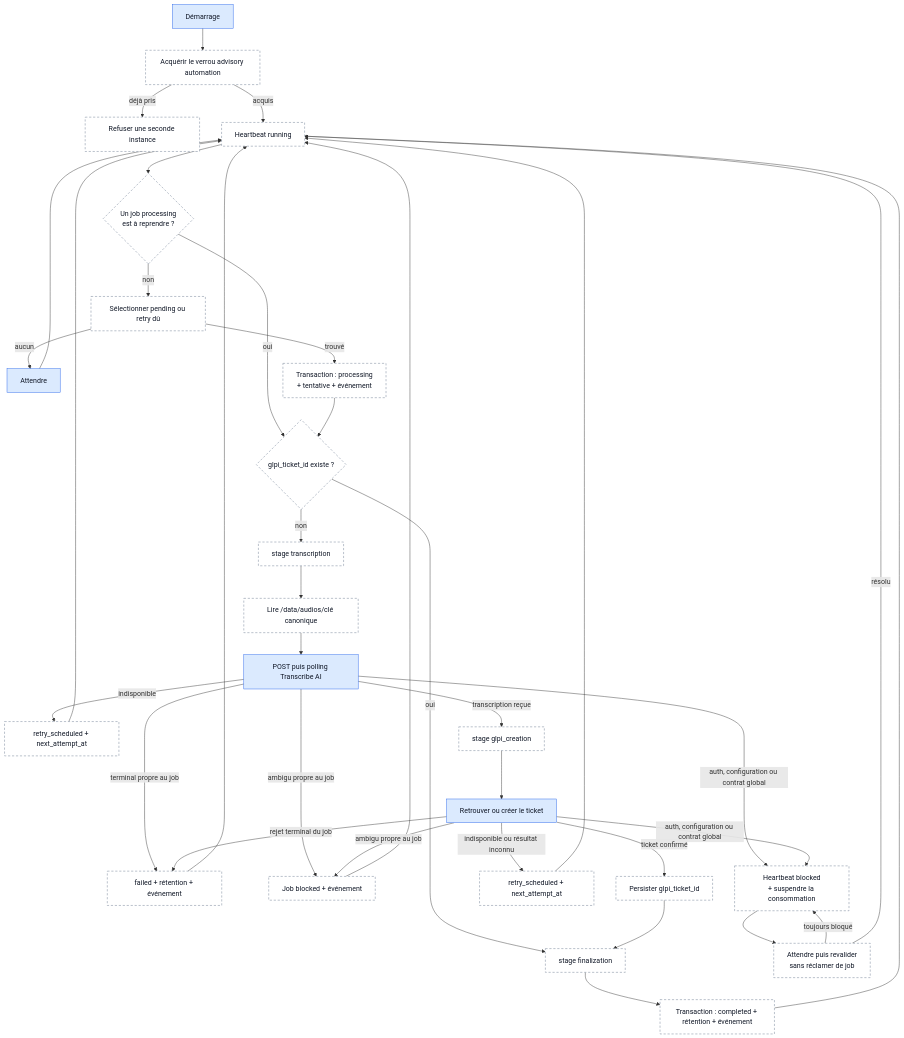
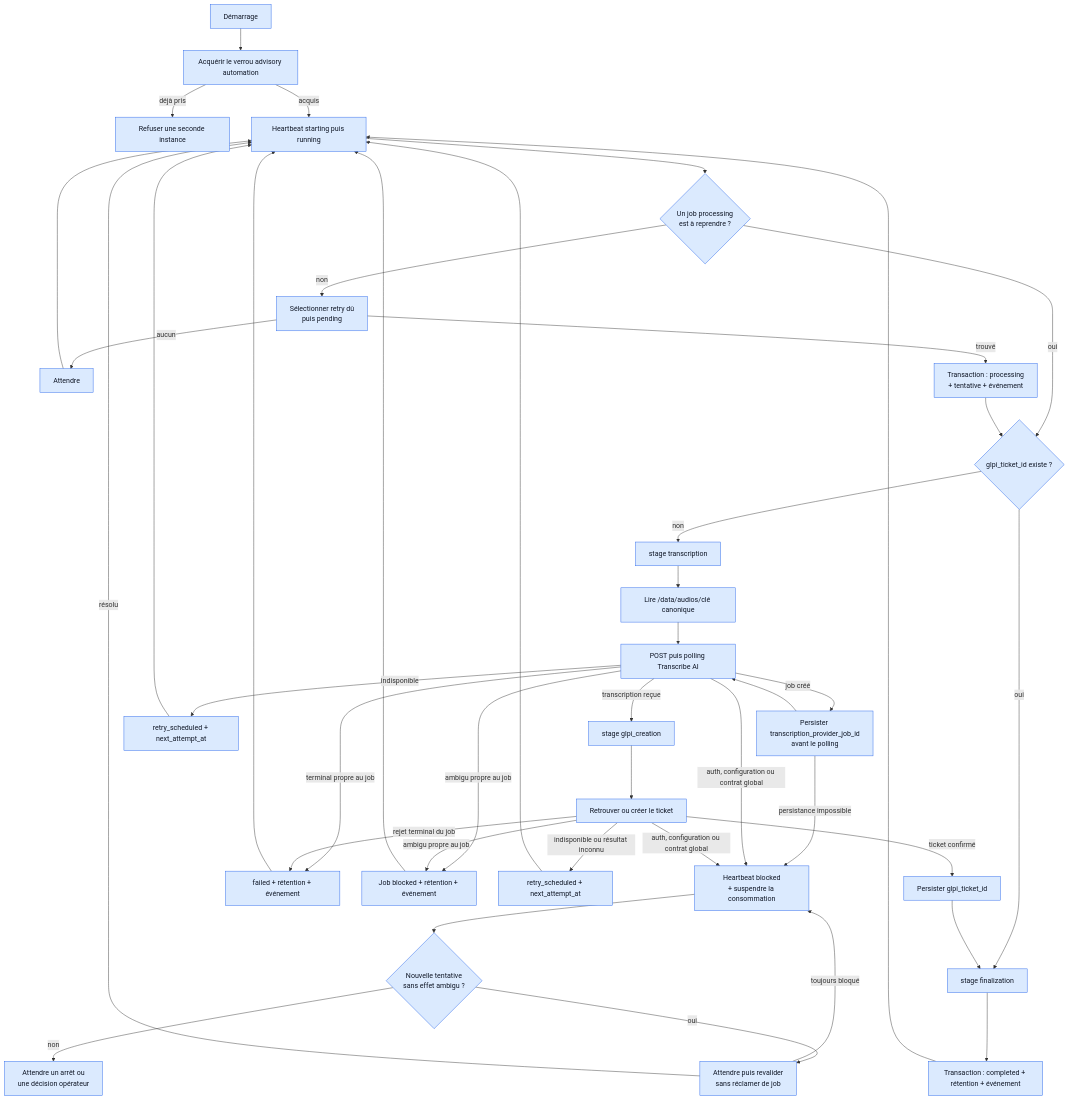
The fourth of 6 diagrams in docs/mvp-architecture.md (dev-vauclaire/mevo2glpi), drawn with Mermaid before and after one commit. The commit also changed other lines of this file and 64 other files, not shown here.

````diff
--- a/docs/mvp-architecture.md
+++ b/docs/mvp-architecture.md
@@ -495,46 +511,51 @@
 ```mermaid
 flowchart TD
-    Start[Démarrage]:::implemented --> Lock[Acquérir le verrou advisory automation]:::future
-    Lock -->|déjà pris| Duplicate[Refuser une seconde instance]:::future
-    Lock -->|acquis| Heartbeat[Heartbeat running]:::future
+    Start[Démarrage]:::implemented --> Lock[Acquérir le verrou advisory automation]:::implemented
+    Lock -->|déjà pris| Duplicate[Refuser une seconde instance]:::implemented
+    Lock -->|acquis| Heartbeat[Heartbeat starting puis running]:::implemented
 
-    Heartbeat --> Recover{Un job processing<br/>est à reprendre ?}:::future
-    Recover -->|oui| HasTicket{glpi_ticket_id existe ?}:::future
-    HasTicket -->|oui| Finalize[stage finalization]:::future
-    HasTicket -->|non| TranscriptionStage[stage transcription]:::future
+    Heartbeat --> Recover{Un job processing<br/>est à reprendre ?}:::implemented
+    Recover -->|oui| HasTicket{glpi_ticket_id existe ?}:::implemented
+    HasTicket -->|oui| Finalize[stage finalization]:::implemented
+    HasTicket -->|non| TranscriptionStage[stage transcription]:::implemented
 
-    Recover -->|non| Select[Sélectionner pending ou retry dû]:::future
+    Recover -->|non| Select[Sélectionner retry dû<br/>puis pending]:::implemented
     Select -->|aucun| Wait[Attendre]:::implemented
     Wait --> Heartbeat
-    Select -->|trouvé| Claim[Transaction : processing<br/>+ tentative + événement]:::future
+    Select -->|trouvé| Claim[Transaction : processing<br/>+ tentative + événement]:::implemented
     Claim --> HasTicket
 
-    TranscriptionStage --> Read[Lire /data/audios/clé canonique]:::future
+    TranscriptionStage --> Read[Lire /data/audios/clé canonique]:::implemented
     Read --> Transcribe[POST puis polling Transcribe AI]:::implemented
-    Transcribe -->|indisponible| RetryT[retry_scheduled + next_attempt_at]:::future
+    Transcribe -->|job créé| ProviderId[Persister transcription_provider_job_id<br/>avant le polling]:::implemented
+    ProviderId --> Transcribe
+    ProviderId -->|persistance impossible| SystemBlocked
+    Transcribe -->|indisponible| RetryT[retry_scheduled + next_attempt_at]:::implemented
     RetryT --> Heartbeat
-    Transcribe -->|terminal propre au job| Failed[failed + rétention + événement]:::future
+    Transcribe -->|terminal propre au job| Failed[failed + rétention + événement]:::implemented
     Failed --> Heartbeat
-    Transcribe -->|ambigu propre au job| JobBlocked[Job blocked + événement]:::future
+    Transcribe -->|ambigu propre au job| JobBlocked[Job blocked + rétention + événement]:::implemented
     JobBlocked --> Heartbeat
-    Transcribe -->|auth, configuration ou contrat global| SystemBlocked[Heartbeat blocked<br/>+ suspendre la consommation]:::future
-    Transcribe -->|transcription reçue| GlpiStage[stage glpi_creation]:::future
+    Transcribe -->|auth, configuration ou contrat global| SystemBlocked[Heartbeat blocked<br/>+ suspendre la consommation]:::implemented
+    Transcribe -->|transcription reçue| GlpiStage[stage glpi_creation]:::implemented
 
     GlpiStage --> Glpi[Retrouver ou créer le ticket]:::implemented
-    Glpi -->|indisponible ou résultat inconnu| RetryG[retry_scheduled + next_attempt_at]:::future
+    Glpi -->|indisponible ou résultat inconnu| RetryG[retry_scheduled + next_attempt_at]:::implemented
     RetryG --> Heartbeat
     Glpi -->|rejet terminal du job| Failed
     Glpi -->|ambigu propre au job| JobBlocked
     Glpi -->|auth, configuration ou contrat global| SystemBlocked
-    Glpi -->|ticket confirmé| Persist[Persister glpi_ticket_id]:::future
+    Glpi -->|ticket confirmé| Persist[Persister glpi_ticket_id]:::implemented
     Persist --> Finalize
-    Finalize --> Complete[Transaction : completed + rétention + événement]:::future
+    Finalize --> Complete[Transaction : completed + rétention + événement]:::implemented
     Complete --> Heartbeat
 
-    SystemBlocked --> Probe[Attendre puis revalider<br/>sans réclamer de job]:::future
+    SystemBlocked --> SafeProbe{Nouvelle tentative<br/>sans effet ambigu ?}:::implemented
+    SafeProbe -->|oui| Probe[Attendre puis revalider<br/>sans réclamer de job]:::implemented
     Probe -->|toujours bloqué| SystemBlocked
     Probe -->|résolu| Heartbeat
+    SafeProbe -->|non| Latched[Attendre un arrêt ou<br/>une décision opérateur]:::implemented
 
     classDef implemented fill:#dbeafe,stroke:#2563eb,color:#111827;
     classDef future fill:#fff,stroke:#64748b,color:#111827,stroke-dasharray:5 4;
 ```
````
